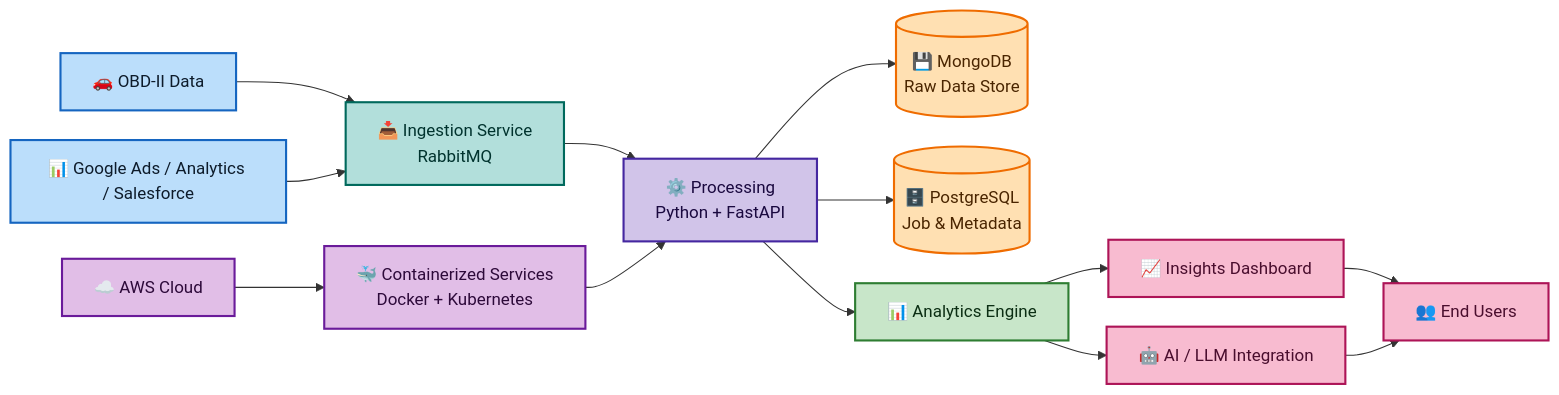
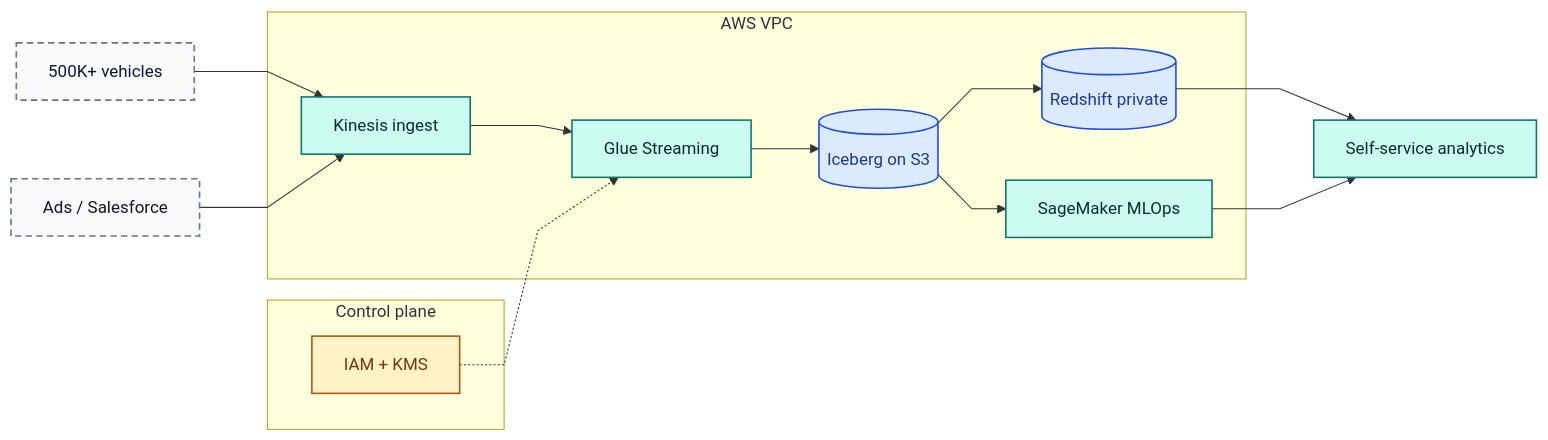
The diagram in public/assets/images/diagrams/deep-view-analytics/deep-view-analytics-architecture_overview.mmd (nitty01/nitender-kumar), drawn with Mermaid before and after one commit. The commit also changed other lines of this file and 46 other files, not shown here.

Commit message:
Ship a block-canvas blog editor and nested project architecture diagrams.

```diff
--- a/public/assets/images/diagrams/deep-view-analytics/deep-view-analytics-architecture_overview.mmd
+++ b/public/assets/images/diagrams/deep-view-analytics/deep-view-analytics-architecture_overview.mmd
@@ -1,37 +1,41 @@
 ---
 config:
   flowchart:
-    nodeSpacing: 28
-    rankSpacing: 36
-    diagramPadding: 8
+    nodeSpacing: 48
+    rankSpacing: 64
+    diagramPadding: 16
+    htmlLabels: false
+    curve: linear
   layout: dagre
 ---
 flowchart LR
-    A["🚗 OBD-II Data"] --> B["📥 Ingestion Service<br>RabbitMQ"]
-    C["📊 Google Ads / Analytics / Salesforce"] --> B
-    B --> D["⚙️ Processing<br>Python + FastAPI"]
-    D --> E[("💾 MongoDB<br>Raw Data Store")] & F[("🗄️ PostgreSQL<br>Job & Metadata")] & G["📊 Analytics Engine"]
-    G --> H["📈 Insights Dashboard"] & I["🤖 AI / LLM Integration"]
-    H --> J["👥 End Users"]
-    I --> J
-    K["🐳 Containerized Services<br>Docker + Kubernetes"] --> D
-    L["☁️ AWS Cloud"] --> K
-     A:::source
-     B:::ingestion
-     C:::source
-     D:::processing
-     E:::storage
-     F:::storage
-     G:::analytics
-     H:::output
-     I:::output
-     J:::output
-     K:::infra
-     L:::infra
-    classDef source fill:#BBDEFB,stroke:#1565C0,stroke-width:2px,color:#0D1B2A
-    classDef ingestion fill:#B2DFDB,stroke:#00695C,stroke-width:2px,color:#00332E
-    classDef processing fill:#D1C4E9,stroke:#4527A0,stroke-width:2px,color:#1A093F
-    classDef storage fill:#FFE0B2,stroke:#EF6C00,stroke-width:2px,color:#4A2500
-    classDef analytics fill:#C8E6C9,stroke:#2E7D32,stroke-width:2px,color:#0B2E13
-    classDef output fill:#F8BBD0,stroke:#AD1457,stroke-width:2px,color:#4A0E2E
-    classDef infra fill:#E1BEE7,stroke:#6A1B9A,stroke-width:2px,color:#2D0A3A
+  FLEET["500K+ vehicles"]
+  MKT["Ads / Salesforce"]
+  subgraph EDGE["Control plane"]
+    IAM["IAM + KMS"]
+  end
+  subgraph VPC["AWS VPC"]
+    KIN["Kinesis ingest"]
+    GLUE["Glue Streaming"]
+    ICE[("Iceberg on S3")]
+    RS[("Redshift private")]
+    SM["SageMaker MLOps"]
+  end
+  DASH["Self-service analytics"]
+  FLEET --> KIN
+  MKT --> KIN
+  KIN --> GLUE
+  GLUE --> ICE
+  ICE --> RS
+  ICE --> SM
+  RS --> DASH
+  SM --> DASH
+  IAM -.-> GLUE
+  class FLEET,MKT external
+  class KIN,GLUE,SM,DASH compute
+  class ICE,RS data
+  class IAM security
+  classDef compute fill:#ccfbf1,stroke:#0f766e,stroke-width:1.5px,color:#042f2e
+  classDef data fill:#dbeafe,stroke:#1d4ed8,stroke-width:1.5px,color:#1e3a8a
+  classDef security fill:#fef3c7,stroke:#b45309,stroke-width:1.5px,color:#78350f
+  classDef external fill:#f8fafc,stroke:#64748b,stroke-width:1.5px,color:#0f172a,stroke-dasharray:6 4
```
